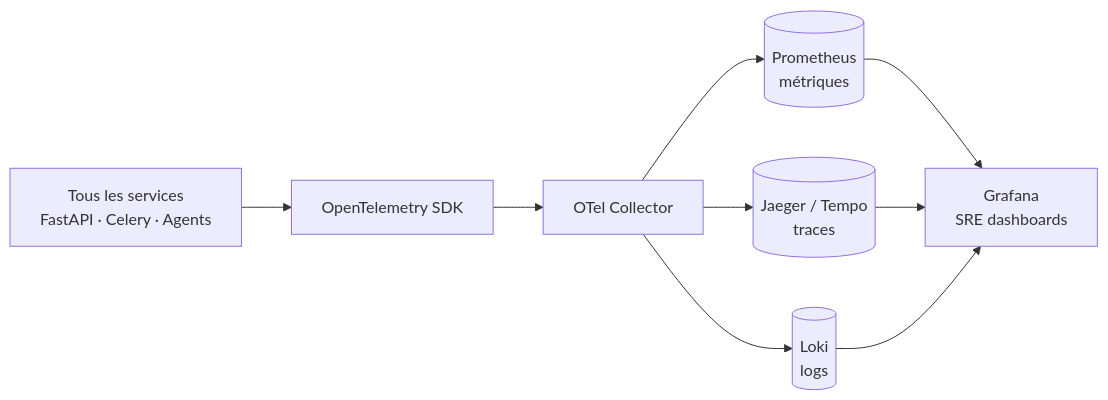
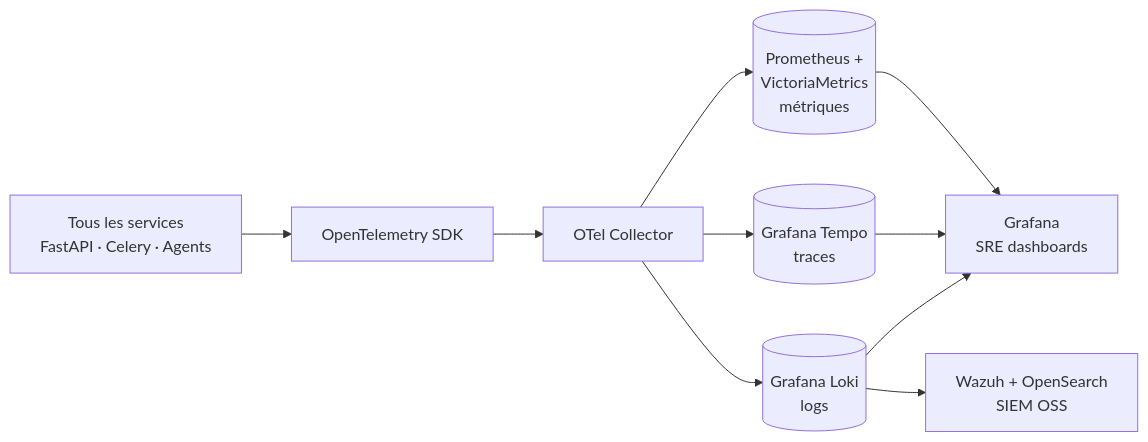
One commit to Rqbln/VERA changed the seventh of 8 diagrams in ROADMAP.md. Above: the diagram before and after it, drawn with Mermaid. The commit also changed other lines of this file and 9 other files, not shown here.

First line of the commit message:
Refocus roadmap and MVP documentation on accessible local open-source tooling.

````diff
--- a/ROADMAP.md
+++ b/ROADMAP.md
@@ -206,9 +411,10 @@
 ```mermaid
 flowchart LR
     APP[Tous les services<br/>FastAPI · Celery · Agents] --> OTEL[OpenTelemetry SDK]
     OTEL --> COL[OTel Collector]
-    COL --> PROM[(Prometheus<br/>métriques)]
-    COL --> JAEGER[(Jaeger / Tempo<br/>traces)]
-    COL --> LOKI[(Loki<br/>logs)]
-    PROM & JAEGER & LOKI --> GRAF[Grafana<br/>SRE dashboards]
+    COL --> PROM[(Prometheus +<br/>VictoriaMetrics<br/>métriques)]
+    COL --> TEMPO[(Grafana Tempo<br/>traces)]
+    COL --> LOKI[(Grafana Loki<br/>logs)]
+    PROM & TEMPO & LOKI --> GRAF[Grafana<br/>SRE dashboards]
+    LOKI --> WAZ[Wazuh + OpenSearch<br/>SIEM OSS]
 ```
````
